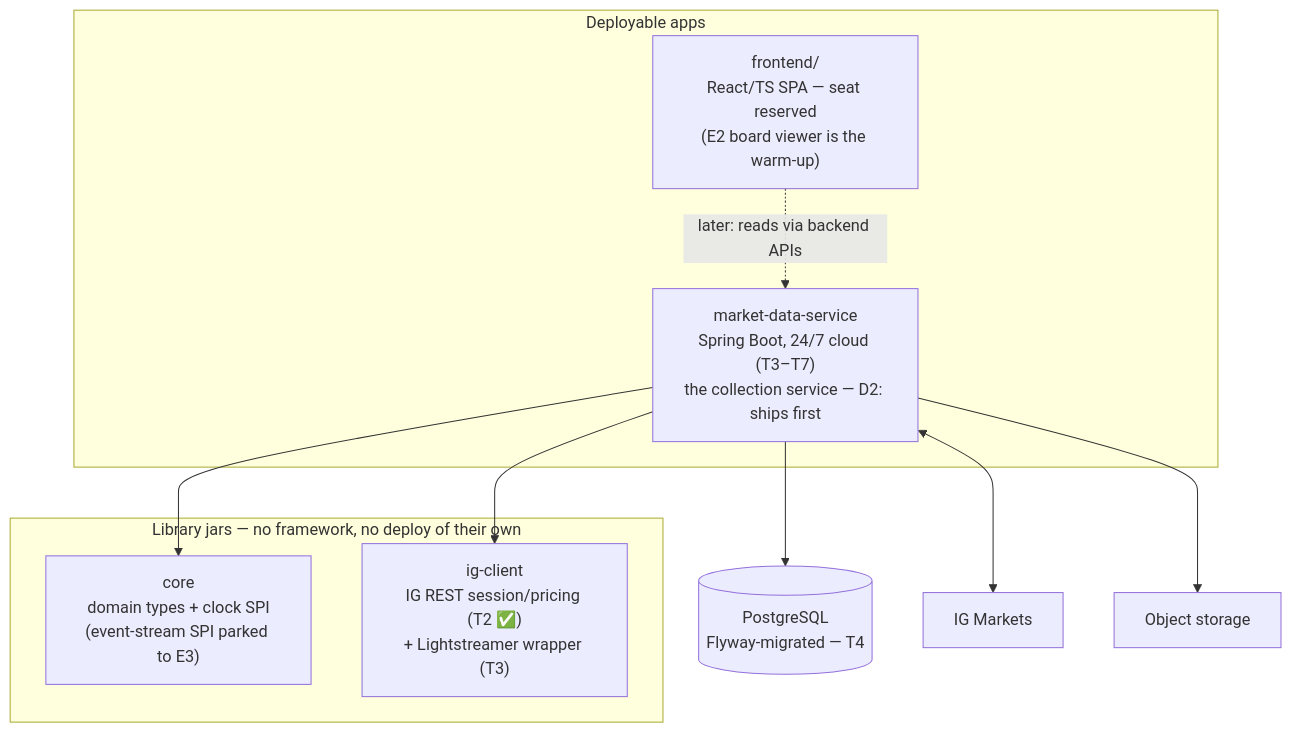
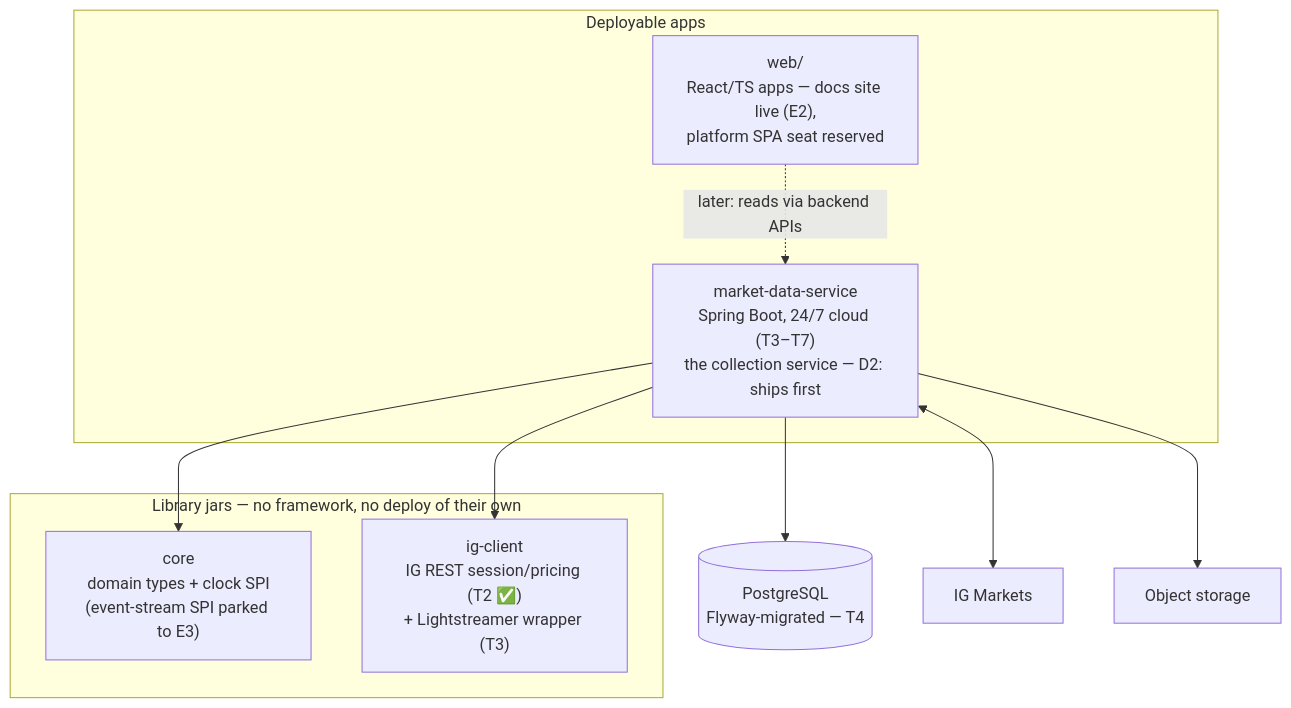
One commit to amfshr/tradebench changed the second of 4 diagrams in docs/design/architecture.md. Above: the diagram before and after it, drawn with Mermaid. The commit also changed other lines of this file and 35 other files, not shown here.

Commit message:
web: 🚚 D18 — frontend/→web/, board-viewer/→docs/ (apps named for their domains); one-docs-site ruling recorded

````diff
--- a/docs/design/architecture.md
+++ b/docs/design/architecture.md
@@ -39,20 +39,20 @@
 ```mermaid
 flowchart TB
     subgraph libs [Library jars — no framework, no deploy of their own]
         CORE["core\ndomain types + clock SPI\n(event-stream SPI parked to E3)"]
         IGC["ig-client\nIG REST session/pricing (T2 ✅)\n+ Lightstreamer wrapper (T3)"]
     end
     subgraph apps [Deployable apps]
         MDS["market-data-service\nSpring Boot, 24/7 cloud (T3–T7)\nthe collection service — D2: ships first"]
-        FE["frontend/\nReact/TS SPA — seat reserved\n(E2 board viewer is the warm-up)"]
+        FE["web/\nReact/TS apps — docs site live (E2),\nplatform SPA seat reserved"]
     end
     PG[(PostgreSQL\nFlyway-migrated — T4)]
     IGX["IG Markets"]
     OSX["Object storage"]
     MDS --> CORE
     MDS --> IGC
     MDS --> PG
     MDS <--> IGX
     MDS --> OSX
     FE -.->|later: reads via backend APIs| MDS
 ```
````
